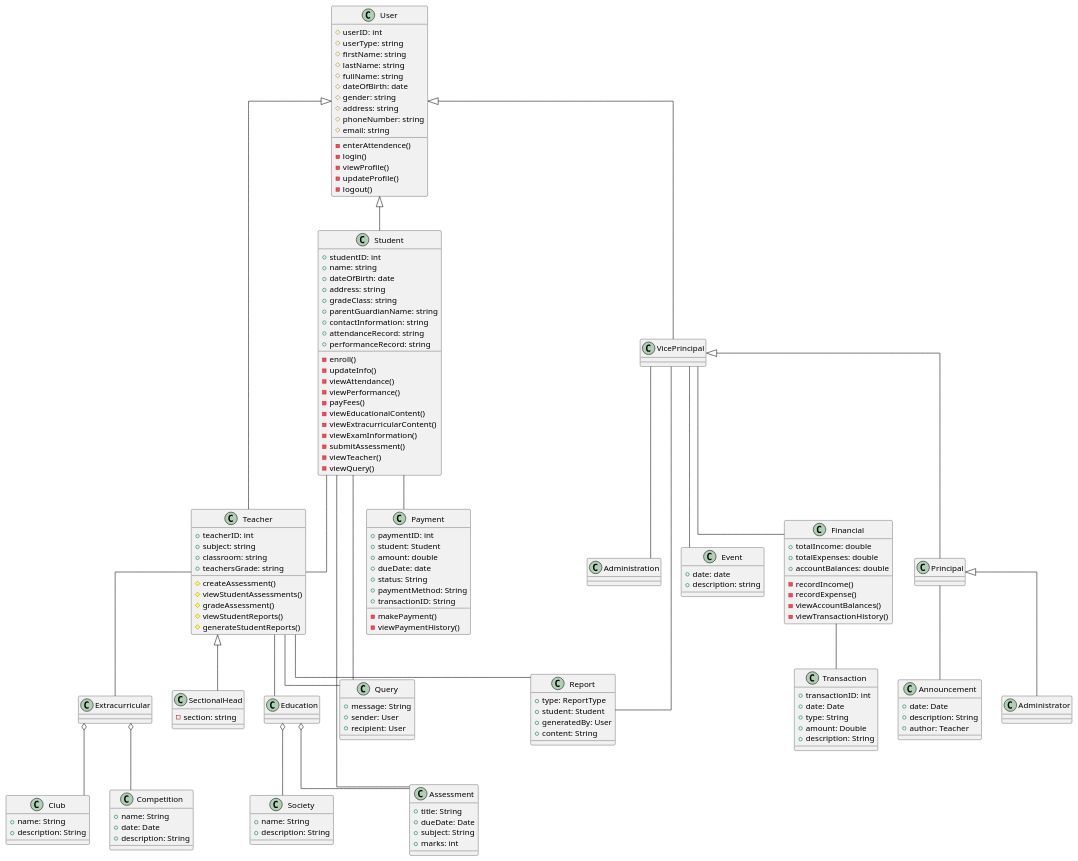
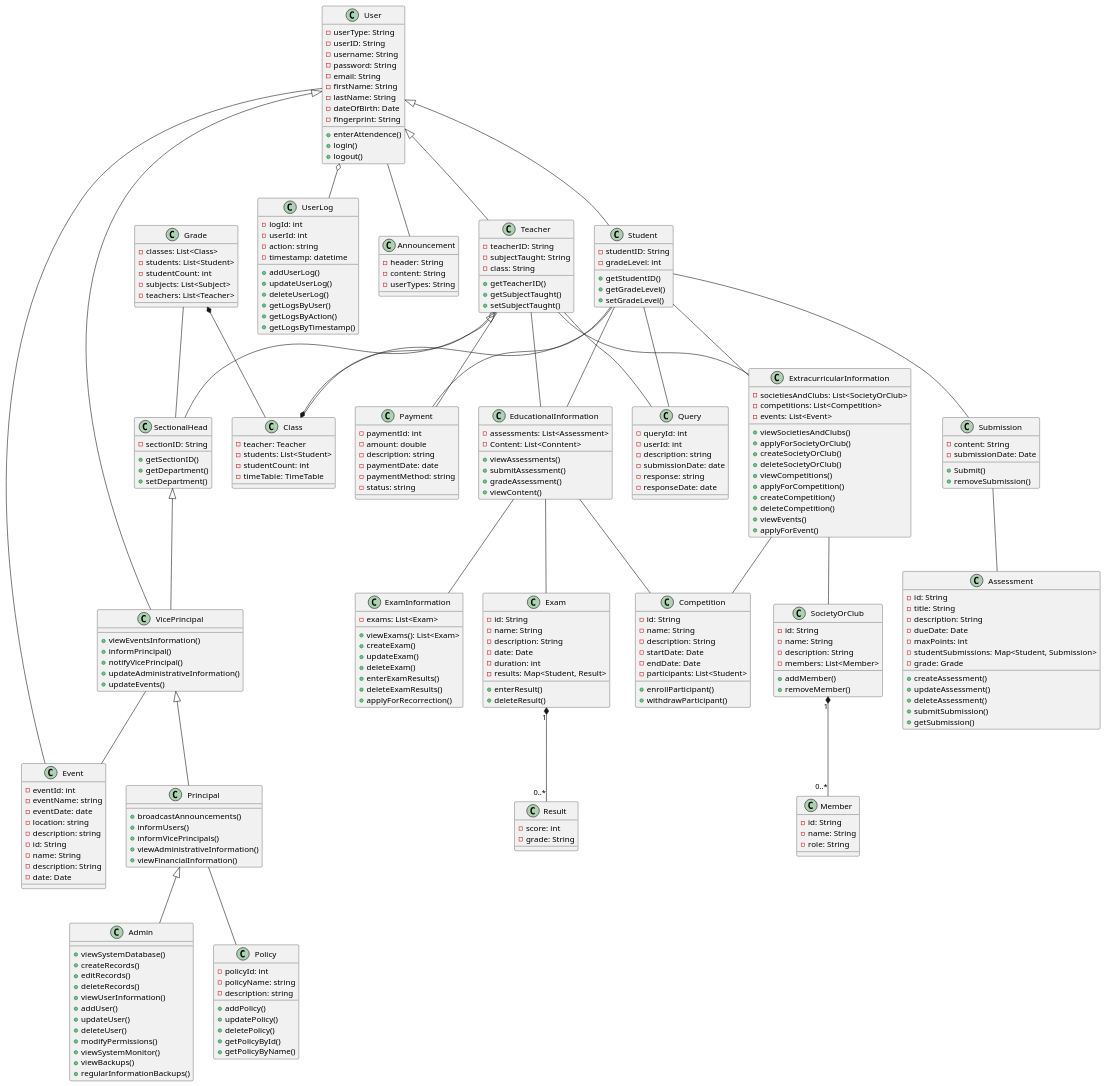
The diagram in School Management System Class Diagram.puml (AdithyaSean/School-Management-System), drawn with PlantUML before and after one commit.

```diff
--- a/School Management System Class Diagram.puml
+++ b/School Management System Class Diagram.puml
@@ -1,189 +1,286 @@
 @startuml School Management System
 
-skinparam linetype ortho
+class User {
+  - userType: String
+  - userID: String
+  - username: String
+  - password: String
+  - email: String
+  - firstName: String
+  - lastName: String
+  - dateOfBirth: Date
+  - fingerprint: String
+  + enterAttendence()
+  + login()
+  + logout()
+}
+
+class Student {
+  - studentID: String
+  - gradeLevel: int
+  + getStudentID()
+  + getGradeLevel()
+  + setGradeLevel()
+}
+
+class Teacher {
+  - teacherID: String
+  - subjectTaught: String
+  - class: String
+  + getTeacherID()
+  + getSubjectTaught()
+  + setSubjectTaught()
+}
+
+class SectionalHead {
+  - sectionID: String
+  + getSectionID() 
+  + getDepartment()
+  + setDepartment()
+}
+
+class VicePrincipal {
+  + viewEventsInformation()
+  + informPrincipal()
+  + notifyVicePrincipal()
+  + updateAdministrativeInformation()
+  + updateEvents()
+}
+
+class Principal {
+  + broadcastAnnouncements()
+  + informUsers()
+  + informVicePrincipals()
+  + viewAdministrativeInformation()
+  + viewFinancialInformation()
+}
+
+class Admin {
+  + viewSystemDatabase()
+  + createRecords()
+  + editRecords()
+  + deleteRecords()
+  + viewUserInformation()
+  + addUser()
+  + updateUser()
+  + deleteUser()
+  + modifyPermissions()
+  + viewSystemMonitor()
+  + viewBackups()
+  + regularInformationBackups()
+}
+
+class Payment {
+  - paymentId: int
+  - amount: double
+  - description: string
+  - paymentDate: date
+  - paymentMethod: string
+  - status: string
+}
+
+class Query {
+  - queryId: int
+  - userId: int
+  - description: string
+  - submissionDate: date
+  - response: string
+  - responseDate: date
+}
+
+class Event {
+  - eventId: int
+  - eventName: string
+  - eventDate: date
+  - location: string
+  - description: string
+}
+
+class UserLog {
+  - logId: int
+  - userId: int
+  - action: string
+  - timestamp: datetime
+  + addUserLog()
+  + updateUserLog()
+  + deleteUserLog()
+  + getLogsByUser()
+  + getLogsByAction()
+  + getLogsByTimestamp()
+}
+
+class Policy {
+  - policyId: int
+  - policyName: string
+  - description: string
+  + addPolicy()
+  + updatePolicy()
+  + deletePolicy()
+  + getPolicyById()
+  + getPolicyByName()
+}
+
+class EducationalInformation {
+  - assessments: List<Assessment>
+  - Content: List<Conntent>
+  + viewAssessments()
+  + submitAssessment()
+  + gradeAssessment()
+  + viewContent()
+}
+
+class ExtracurricularInformation {
+  - societiesAndClubs: List<SocietyOrClub>
+  - competitions: List<Competition>
+  - events: List<Event>
+  + viewSocietiesAndClubs()
+  + applyForSocietyOrClub()
+  + createSocietyOrClub()
+  + deleteSocietyOrClub()
+  + viewCompetitions()
+  + applyForCompetition()
+  + createCompetition()
+  + deleteCompetition()
+  + viewEvents()
+  + applyForEvent()
+}
+
+class ExamInformation {
+  - exams: List<Exam>
+  + viewExams(): List<Exam>
+  + createExam()
+  + updateExam()
+  + deleteExam()
+  + enterExamResults()
+  + deleteExamResults()
+  + applyForRecorrection()
+}
+
+class Assessment {
+  - id: String
+  - title: String
+  - description: String
+  - dueDate: Date
+  - maxPoints: int
+  - studentSubmissions: Map<Student, Submission>
+  - grade: Grade
+  + createAssessment()
+  + updateAssessment()
+  + deleteAssessment()
+  + submitSubmission()
+  + getSubmission()
+}
+
+class SocietyOrClub {
+  - id: String
+  - name: String
+  - description: String
+  - members: List<Member>
+  + addMember()
+  + removeMember()
+}
+
+class Competition {
+  - id: String
+  - name: String
+  - description: String
+  - startDate: Date
+  - endDate: Date
+  - participants: List<Student>
+  + enrollParticipant()
+  + withdrawParticipant()
+}
+
+class Event {
+  - id: String
+  - name: String
+  - description: String
+  - date: Date
+}
+
+class Exam {
+  - id: String
+  - name: String
+  - description: String
+  - date: Date
+  - duration: int
+  - results: Map<Student, Result>
+  + enterResult()
+  + deleteResult()
+}
+
+class Result {
+  - score: int
+  - grade: String
+}
+
+class Submission {
+  - content: String
+  - submissionDate: Date
+  + Submit()
+  + removeSubmission()
+}
+
+class Member {
+  - id: String
+  - name: String
+  - role: String
+}
+
+class Grade {
+  - classes: List<Class>
+  - students: List<Student>
+  - studentCount: int
+  - subjects: List<Subject>
+  - teachers: List<Teacher>
+}
+
+class Class {
+  - teacher: Teacher
+  - students: List<Student>
+  - studentCount: int
+  - timeTable: TimeTable
+}
+
+class Announcement {
+  - header: String
+  - content: String
+  - userTypes: String
+}
 
 User <|-- Student
 User <|-- Teacher
 User <|-- VicePrincipal
+User o-- UserLog
+User -- Event
+User -- Announcement
 Teacher <|-- SectionalHead
+Teacher -- ExtracurricularInformation
+Teacher -- EducationalInformation
+Teacher -- Query
+Teacher -- Payment
+Teacher o-- Class
+Student --* Class
+Student -- EducationalInformation
+Student -- ExtracurricularInformation
+Student -- Query
+Student -- Payment
+Student -- Submission
+SectionalHead <|-- VicePrincipal
 VicePrincipal <|-- Principal
-Principal <|-- Administrator
+VicePrincipal -- Event
+Principal <|-- Admin
+Principal -- Policy
+Submission -- Assessment
+SocietyOrClub "1" *-- "0..*" Member
+EducationalInformation -- Exam
+Exam "1" *-- "0..*" Result
+Grade *-- Class
+Grade -- SectionalHead
 
-Education o-- Assessment
-Education o-- Society
-Student -- Payment
-Student -- Query
-Student -- Assessment
-Student -- Teacher
-Teacher -- Education
-Teacher -- Extracurricular
-Teacher -- Report
-Teacher -- Query
-Extracurricular o-- Club
-Extracurricular o-- Competition
-VicePrincipal -- Administration
-VicePrincipal -- Report
-VicePrincipal -- Event
-VicePrincipal -- Financial
-Principal -- Announcement
-
-Financial -- Transaction
-
-class User {
-  # userID: int
-  # userType: string
-  # firstName: string
-  # lastName: string
-  # fullName: string
-  # dateOfBirth: date
-  # gender: string
-  # address: string
-  # phoneNumber: string
-  # email: string
-
-  - enterAttendence()
-  - login()
-  - viewProfile()
-  - updateProfile()
-  - logout()
-}
-
-class Student {
-  + studentID: int
-  + name: string
-  + dateOfBirth: date
-  + address: string
-  + gradeClass: string
-  + parentGuardianName: string
-  + contactInformation: string
-  + attendanceRecord: string
-  + performanceRecord: string
-
-  - enroll()
-  - updateInfo()
-  - viewAttendance()
-  - viewPerformance()
-  - payFees()
-  - viewEducationalContent()
-  - viewExtracurricularContent()
-  - viewExamInformation()
-  - submitAssessment()
-  - viewTeacher()
-  - viewQuery()
-}
-
-class Teacher {
-  + teacherID: int
-  + subject: string
-  + classroom: string
-  + teachersGrade: string
-
-  # createAssessment()
-  # viewStudentAssessments()
-  # gradeAssessment()
-  # viewStudentReports()
-  # generateStudentReports()
-}
-
-class SectionalHead {
-  - section: string
-}
-
-class VicePrincipal {
-}
-
-class Principal {
-}
-
-class Administrator {
-}
-
-class Event {
-  + date: date
-  + description: string
-}
-
-class Payment {
-  + paymentID: int
-  + student: Student
-  + amount: double
-  + dueDate: date
-  + status: String
-  + paymentMethod: String
-  + transactionID: String
-
-  - makePayment()
-  - viewPaymentHistory()
-}
-
-class Financial {
-  + totalIncome: double
-  + totalExpenses: double
-  + accountBalances: double
-
-  - recordIncome()
-  - recordExpense()
-  - viewAccountBalances()
-  - viewTransactionHistory()
-}
-
-class Transaction {
-  + transactionID: int
-  + date: Date
-  + type: String
-  + amount: Double
-  + description: String
-}
-
-class Assessment {
-  + title: String
-  + dueDate: Date
-  + subject: String
-  + marks: int
-}
-
-class Education {
-}
-
-class Extracurricular {
-}
-
-class Club {
-  + name: String
-  + description: String
-}
-
-class Competition {
-  + name: String
-  + date: Date
-  + description: String
-}
-
-class Society {
-  + name: String
-  + description: String
-}
-
-class Query {
-  + message: String
-  + sender: User
-  + recipient: User
-}
-
-class Announcement {
-  + date: Date
-  + description: String
-  + author: Teacher
-}
-
-class Report {
-  + type: ReportType
-  + student: Student
-  + generatedBy: User
-  + content: String
-}
-
-class Administration {
-}
+EducationalInformation -- Competition
+EducationalInformation -- ExamInformation
+ExtracurricularInformation -- Competition
+ExtracurricularInformation -- SocietyOrClub
 
 @enduml
```
